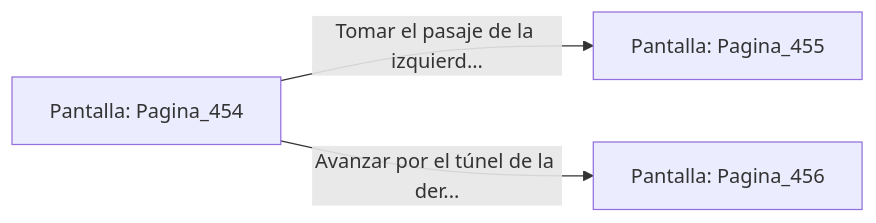
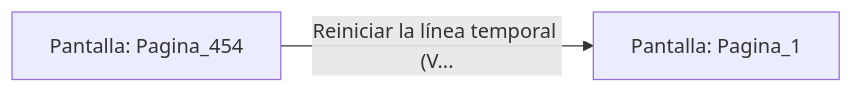
One commit to metsuke/mpl changed the diagram in sample/eligejuego-vault/Pantalla_Pagina_454.md. Above: the diagram before and after it, drawn with Mermaid. The commit also changed other lines of this file and 635 other files, not shown here.

First line of the commit message:
fix: añadir Pagina_1 como pantalla inicial en capitulo_01.mpl

````diff
--- a/sample/eligejuego-vault/Pantalla_Pagina_454.md
+++ b/sample/eligejuego-vault/Pantalla_Pagina_454.md
@@ -20,6 +17,5 @@
 ```mermaid
 graph LR
     P_Pagina_454["Pantalla: Pagina_454"]
-    P_Pagina_454 -->|"Tomar el pasaje de la izquierd..."| P_Pagina_455["Pantalla: Pagina_455"]
-    P_Pagina_454 -->|"Avanzar por el túnel de la der..."| P_Pagina_456["Pantalla: Pagina_456"]
+    P_Pagina_454 -->|"Reiniciar la línea temporal (V..."| P_Pagina_1["Pantalla: Pagina_1"]
 ```
````
